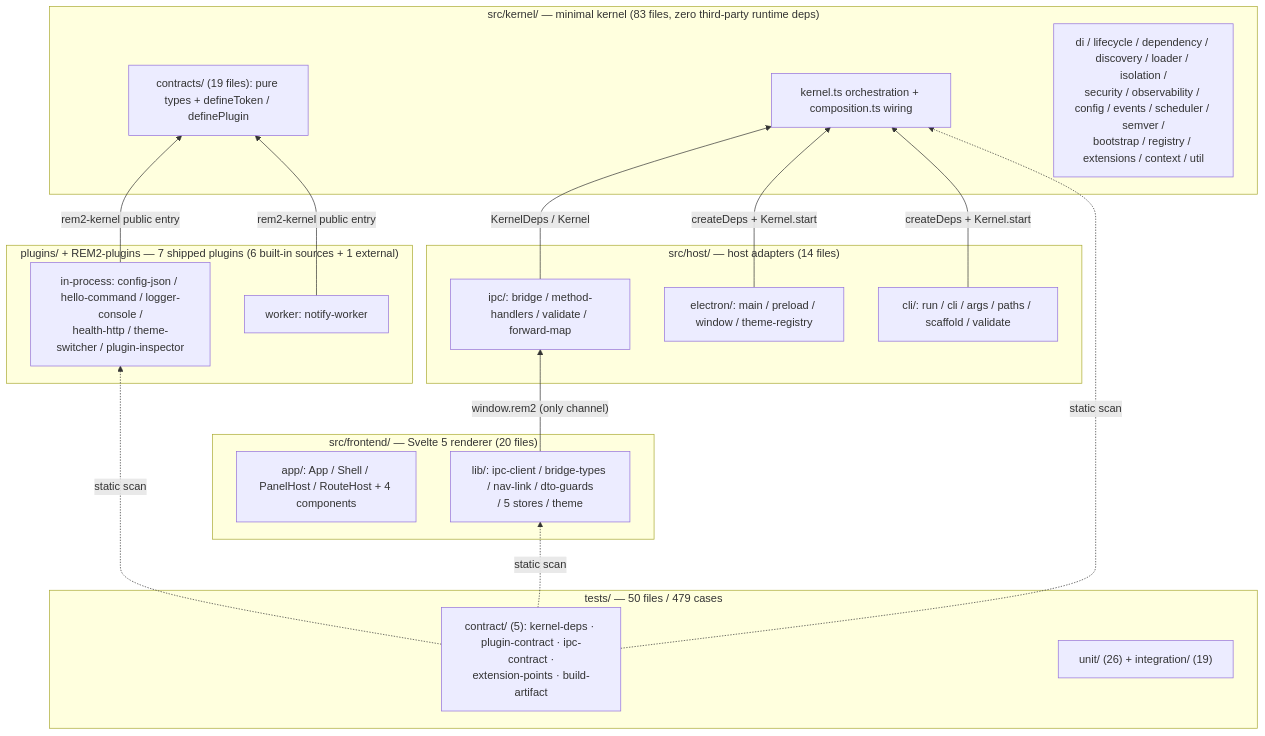
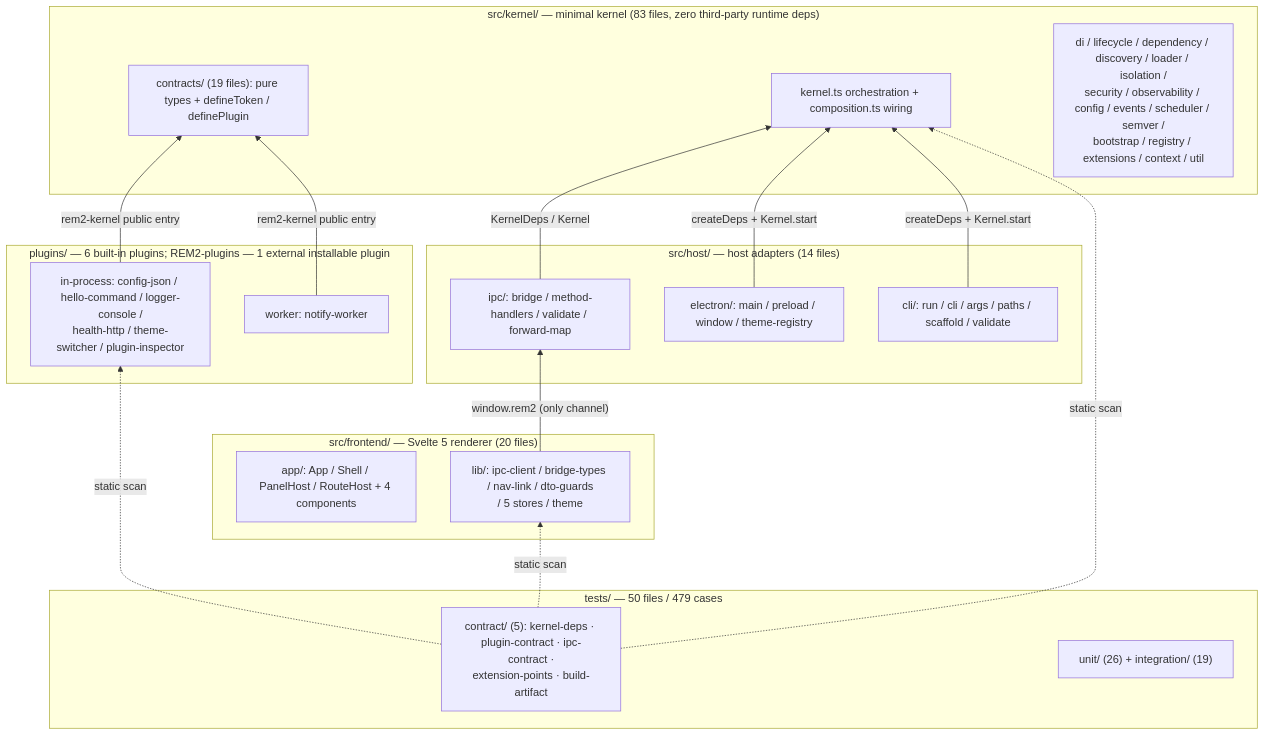
One commit to kino14910/REM2 changed the first of 5 diagrams in docs/en/01-architecture-overview.md. Above: the diagram before and after it, drawn with Mermaid. The commit also changed other lines of this file and 22 other files, not shown here.

````diff
--- a/docs/en/01-architecture-overview.md
+++ b/docs/en/01-architecture-overview.md
@@ -19,39 +19,39 @@
 ```mermaid
 graph BT
-    subgraph L1["plugins/ + REM2-plugins — 7 shipped plugins (6 built-in sources + 1 external)"]
+    subgraph L1["plugins/ — 6 built-in plugins; REM2-plugins — 1 external installable plugin"]
         PA["in-process: config-json / hello-command / logger-console /<br/>health-http / theme-switcher / plugin-inspector"]
         PB["worker: notify-worker"]
     end
 
     subgraph L2["src/frontend/ — Svelte 5 renderer (20 files)"]
         FA["app/: App / Shell / PanelHost / RouteHost + 4 components"]
         FB["lib/: ipc-client / bridge-types / nav-link / dto-guards<br/>/ 5 stores / theme"]
     end
 
     subgraph L3["src/host/ — host adapters (14 files)"]
         HA["electron/: main / preload / window / theme-registry"]
         HB["ipc/: bridge / method-handlers / validate / forward-map"]
         HC["cli/: run / cli / args / paths / scaffold / validate"]
     end
 
     subgraph L4["src/kernel/ — minimal kernel (83 files, zero third-party runtime deps)"]
         KA["contracts/ (19 files): pure types + defineToken / definePlugin"]
         KB["kernel.ts orchestration + composition.ts wiring"]
         KC["di / lifecycle / dependency / discovery / loader / isolation /<br/>security / observability / config / events / scheduler / semver /<br/>bootstrap / registry / extensions / context / util"]
     end
 
     subgraph L5["tests/ — 50 files / 479 cases"]
         TA["contract/ (5): kernel-deps · plugin-contract · ipc-contract ·<br/>extension-points · build-artifact"]
         TB["unit/ (26) + integration/ (19)"]
     end
 
     FB -->|"window.rem2 (only channel)"| HB
     HB -->|"KernelDeps / Kernel"| KB
     HA -->|"createDeps + Kernel.start"| KB
     HC -->|"createDeps + Kernel.start"| KB
     PA -->|"rem2-kernel public entry"| KA
     PB -->|"rem2-kernel public entry"| KA
     TA -.->|"static scan"| KB
     TA -.->|"static scan"| FB
     TA -.->|"static scan"| PA
 ```
````
